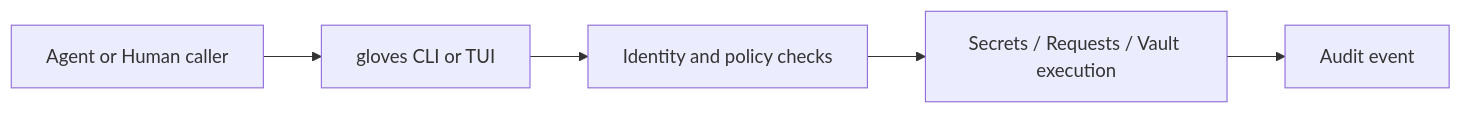
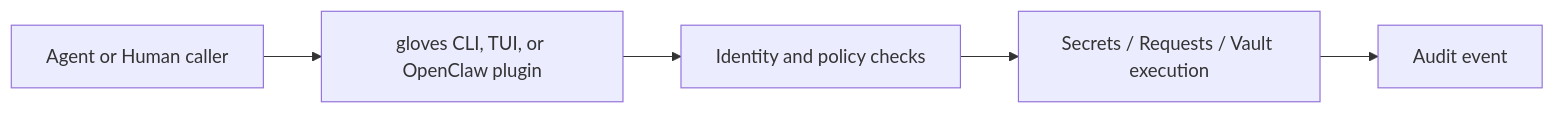
Before and after one commit to heyAyushh/gloves: the diagram in docs/concepts-and-parts.md, drawn with Mermaid. The commit also changed other lines of this file and 32 other files, not shown here.

````diff
--- a/docs/concepts-and-parts.md
+++ b/docs/concepts-and-parts.md
@@ -52,7 +53,7 @@
 ```mermaid
 flowchart LR
-    A["Agent or Human caller"] --> B["gloves CLI or TUI"]
+    A["Agent or Human caller"] --> B["gloves CLI, TUI, or OpenClaw plugin"]
     B --> C["Identity and policy checks"]
     C --> D["Secrets / Requests / Vault execution"]
     D --> E["Audit event"]
 ```
````
